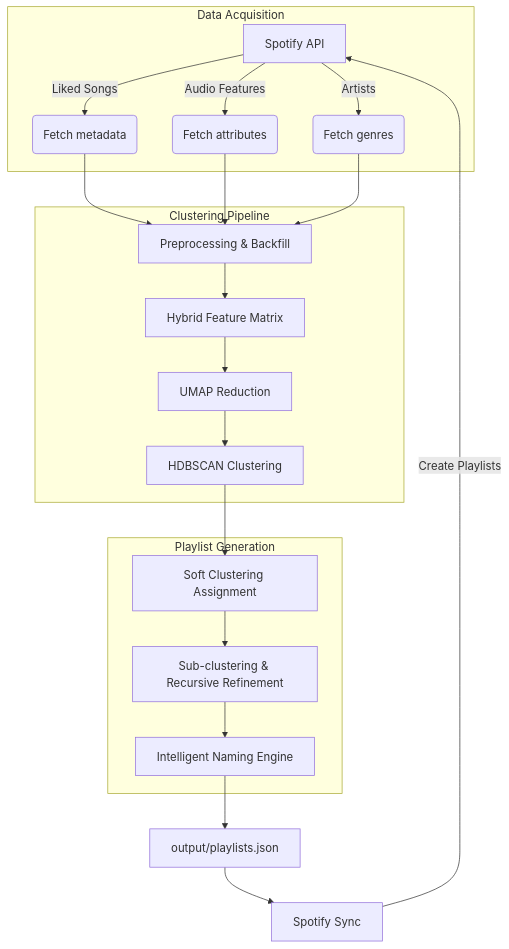
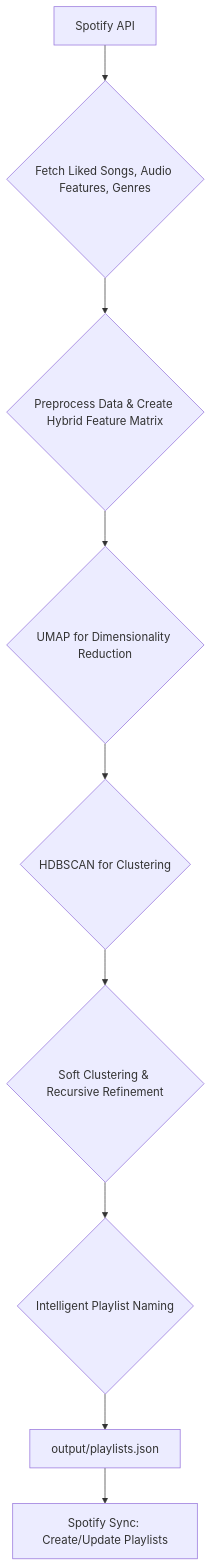
The diagram in README.md (marcelobl/spotify-ai-playlist), drawn with Mermaid before and after one commit. The commit also changed other lines of this file, not shown here.

Commit message:
docs: simplify data pipeline diagram and remove keywords from README

````diff
--- a/README.md
+++ b/README.md
@@ -122,25 +122,11 @@
 ```mermaid
 graph TD
-    subgraph "Data Acquisition"
-        A[Spotify API] -->|Liked Songs| B(Fetch metadata)
-        A -->|Audio Features| C(Fetch attributes)
-        A -->|Artists| D(Fetch genres)
-    end
-    
-    subgraph "Clustering Pipeline"
-        B & C & D --> E[Preprocessing & Backfill]
-        E --> F[Hybrid Feature Matrix]
-        F --> G[UMAP Reduction]
-        G --> H[HDBSCAN Clustering]
-    end
-    
-    subgraph "Playlist Generation"
-        H --> I[Soft Clustering Assignment]
-        I --> J[Sub-clustering & Recursive Refinement]
-        J --> K[Intelligent Naming Engine]
-    end
-    
-    K --> L[output/playlists.json]
-    L --> M[Spotify Sync]
-    M -->|Create Playlists| A
+    A[Spotify API] --> B{Fetch Liked Songs, Audio Features, Genres};
+    B --> C{Preprocess Data & Create Hybrid Feature Matrix};
+    C --> D{UMAP for Dimensionality Reduction};
+    D --> E{HDBSCAN for Clustering};
+    E --> F{Soft Clustering & Recursive Refinement};
+    F --> G{Intelligent Playlist Naming};
+    G --> H[output/playlists.json];
+    H --> I[Spotify Sync: Create/Update Playlists];
 ```
````
